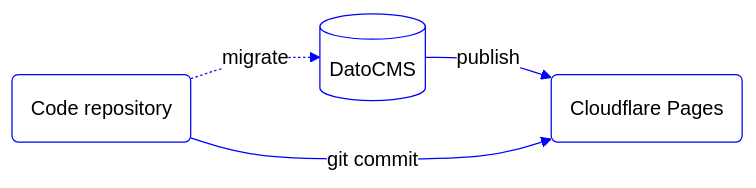
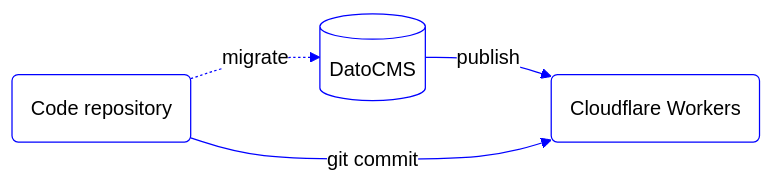
One commit to voorhoede/head-start changed the diagram in README.md. Above: the diagram before and after it, drawn with Mermaid. The commit also changed other lines of this file and 11 other files, not shown here.

````diff
--- a/README.md
+++ b/README.md
@@ -35,29 +35,29 @@
 ```mermaid
 %%{
     init: {
         'theme': 'base',
         'themeVariables': {
             'edgeLabelBackground': '#FFFFFF',
             'lineColor': '#0000FF',
             'mainBkg': '#FFFFFF',
             'primaryBorderColor': '#0000FF',
             'primaryTextColor': '#000000',
             'tertiaryColor': '#FFFED9'
         }
     }
 }%%
 
 flowchart LR
     Repository(Code repository)
 
 
         CMS[(DatoCMS)]
-        Hosting(Cloudflare Pages)
+        Hosting(Cloudflare Workers)
         CMS -- publish --> Hosting
 
     Repository -- git commit --> Hosting
 
     Repository -. migrate .-> CMS
 
 %% you can edit this diagram via https://mermaid.live/edit
 ```
````
